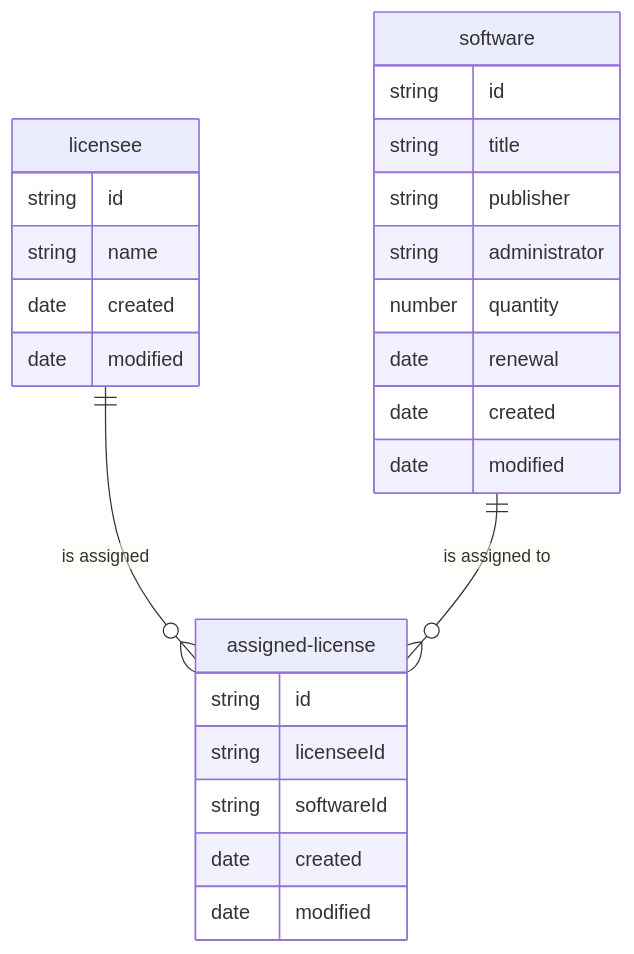
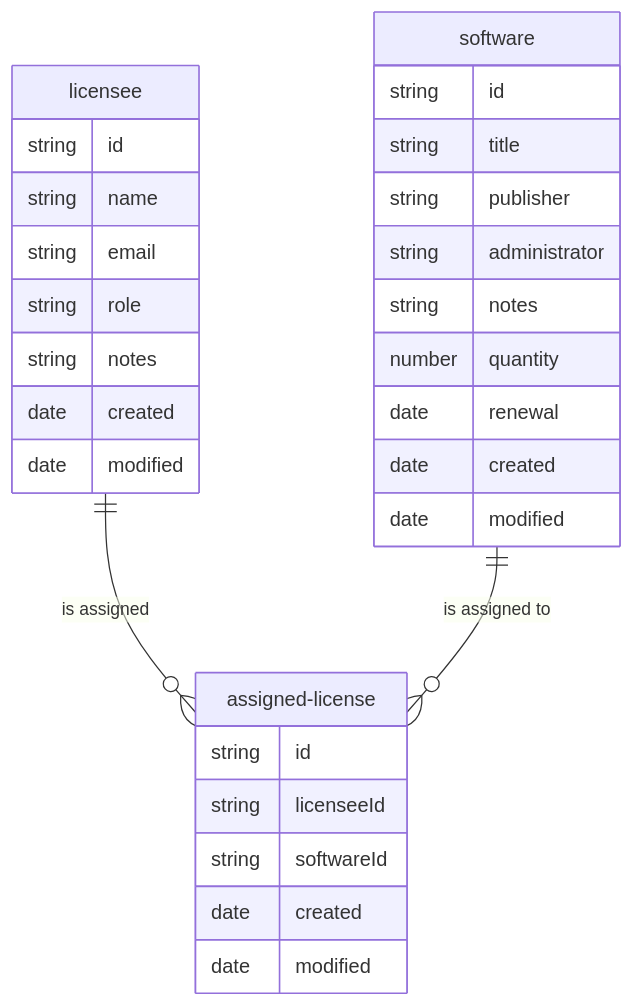
One commit to bcgov/citz-imb-slam-api changed the diagram in technical.md. Above: the diagram before and after it, drawn with Mermaid. The commit also changed 7 other files, not shown here.

````diff
--- a/technical.md
+++ b/technical.md
@@ -7,29 +7,33 @@
 ```mermaid
 erDiagram
     licensee ||--o{ assigned-license: "is assigned"
     software ||--o{ assigned-license: "is assigned to"
     licensee {
         string id
         string name
+        string email
+        string role
+        string notes
         date created
         date modified
     }
     software {
         string id
         string title
         string publisher
         string administrator
+        string notes
         number quantity
         date renewal
         date created
         date modified
     }
     assigned-license {
         string id
         string licenseeId
         string softwareId
         date created
         date modified
     }
 
 ```
````
